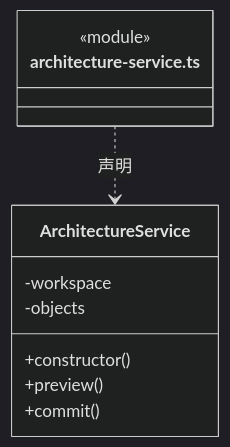
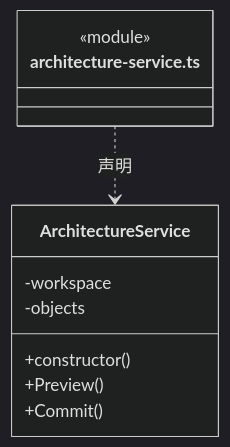
One commit to nan023062/cbim changed the first of 12 diagrams in src/logic/workspace/service/ARCHITECTURE.md. Above: the diagram before and after it, drawn with Mermaid (dark theme). The commit also changed other lines of this file and 1035 other files, not shown here.

````diff
--- a/src/logic/workspace/service/ARCHITECTURE.md
+++ b/src/logic/workspace/service/ARCHITECTURE.md
@@ -29,14 +29,14 @@
 ```mermaid
 classDiagram
 class N_src_logic_workspace_service_architecture_service_ts["architecture-service.ts"] {
   <<module>>
 }
 class N_src_logic_workspace_service_architecture_service_ts_ArchitectureService["ArchitectureService"] {
   +constructor()
-  +preview()
-  +commit()
+  +Preview()
+  +Commit()
   -workspace
   -objects
 }
 N_src_logic_workspace_service_architecture_service_ts ..> N_src_logic_workspace_service_architecture_service_ts_ArchitectureService : 声明
 ```
````
